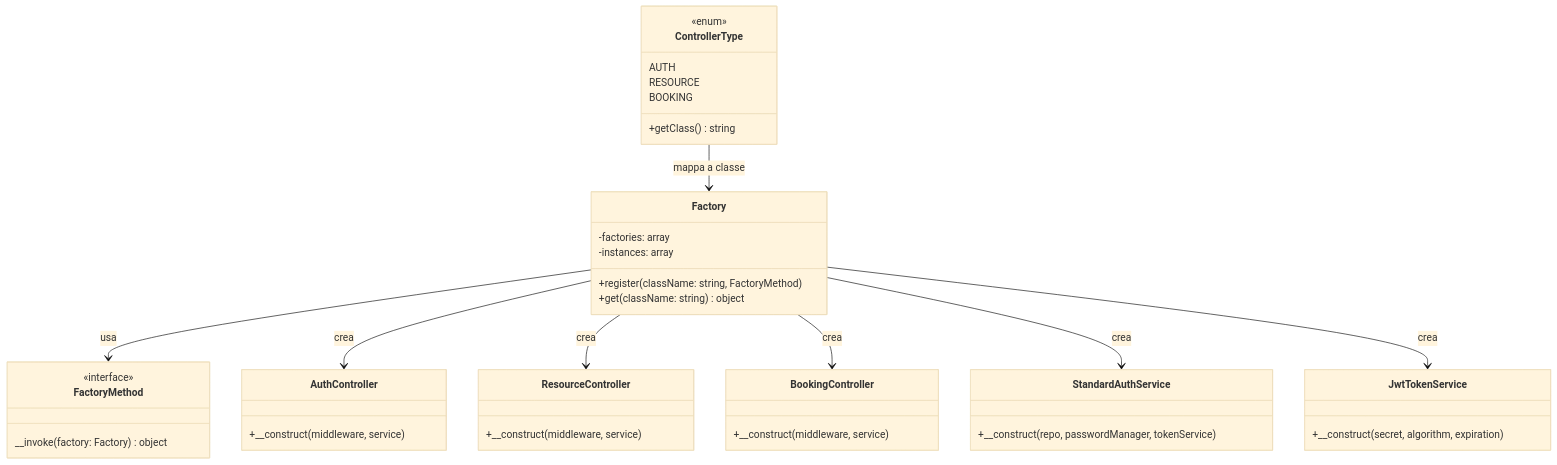
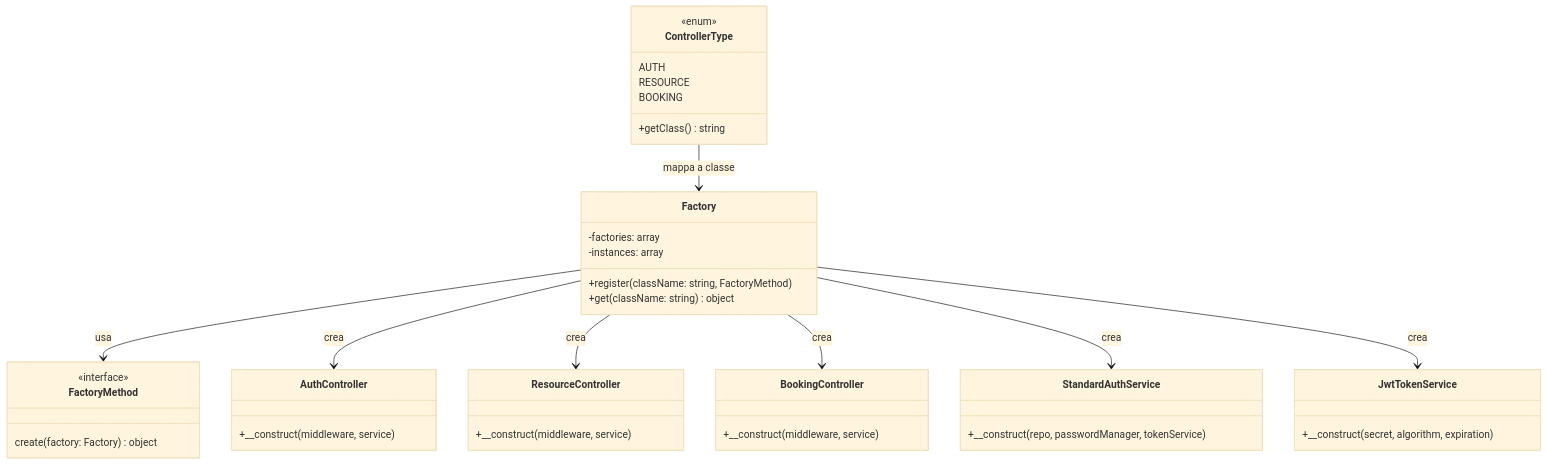
Before and after one commit to mb4dev/progetto-prova: the third of 8 diagrams in consegna docu/design_pattern/backend.md, drawn with Mermaid (base theme). The commit also changed other lines of this file and 14 other files, not shown here.

````diff
--- a/consegna docu/design_pattern/backend.md
+++ b/consegna docu/design_pattern/backend.md
@@ -119,50 +118,50 @@
 ```mermaid
 classDiagram
 class Factory {
     -factories: array
     -instances: array
     +register(className: string, FactoryMethod)
     +get(className: string) object
 }
 
 class FactoryMethod {
     <<interface>>
-    __invoke(factory: Factory) object
+    create(factory: Factory) object
 }
 
 class ControllerType {
     <<enum>>
     AUTH
     RESOURCE
     BOOKING
     +getClass() string
 }
 
 class AuthController {
     +__construct(middleware, service)
 }
 
 class ResourceController {
     +__construct(middleware, service)
 }
 
 class BookingController {
     +__construct(middleware, service)
 }
 
 class StandardAuthService {
     +__construct(repo, passwordManager, tokenService)
 }
 
 class JwtTokenService {
     +__construct(secret, algorithm, expiration)
 }
 
 Factory --> FactoryMethod : usa
 ControllerType --> Factory : mappa a classe
 Factory --> AuthController : crea
 Factory --> ResourceController : crea
 Factory --> BookingController : crea
 Factory --> StandardAuthService : crea
 Factory --> JwtTokenService : crea
 ```
````
